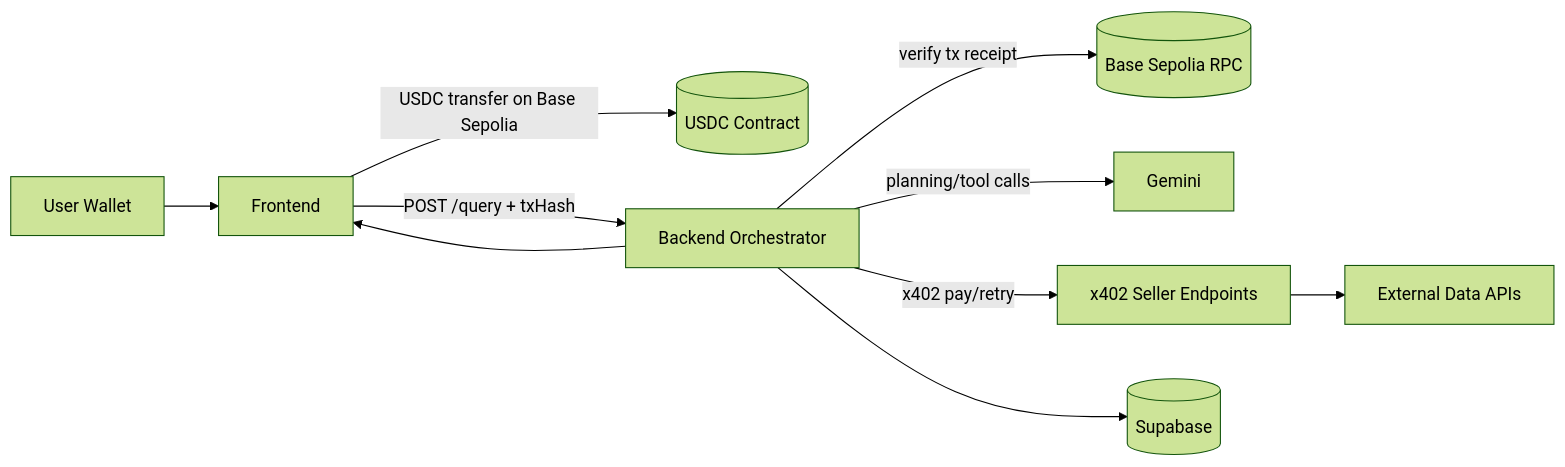
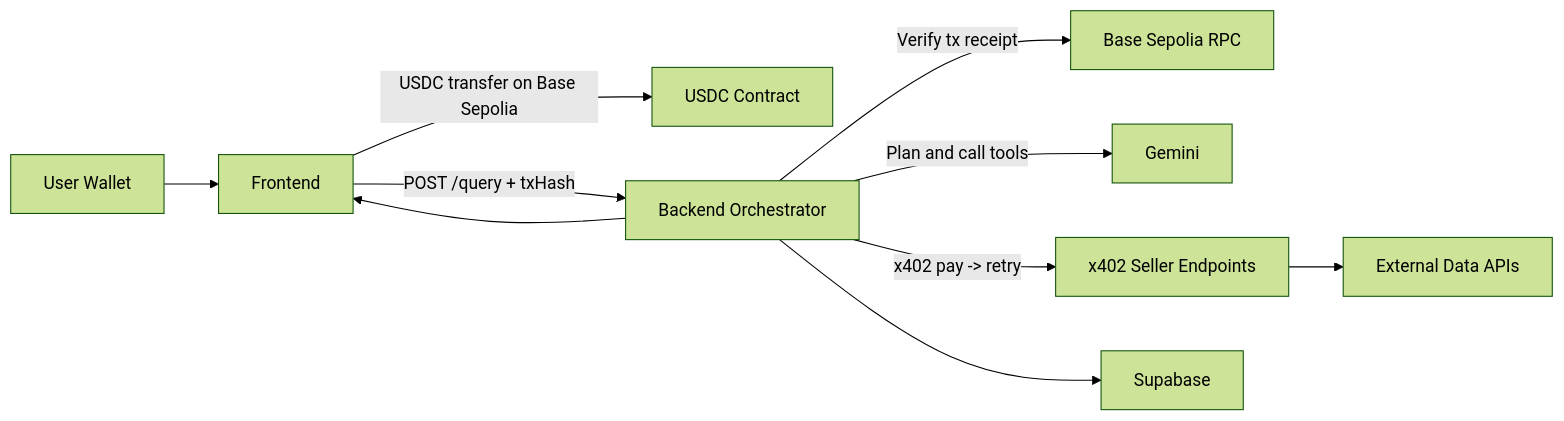
One commit to Aypp23/x402-hackathon changed the diagram in README.md. Above: the diagram before and after it, drawn with Mermaid (forest theme).

Commit message:
docs: fix mermaid end-to-end flow rendering

````diff
--- a/README.md
+++ b/README.md
@@ -64,12 +64,12 @@
 ```mermaid
 flowchart LR
-  U[User Wallet] --> F[Frontend]
-  F -->|USDC transfer on Base Sepolia| USDC[(USDC Contract)]
-  F -->|POST /query + txHash| B[Backend Orchestrator]
-  B -->|verify tx receipt| RPC[(Base Sepolia RPC)]
-  B -->|planning/tool calls| G[Gemini]
-  B -->|x402 pay/retry| X[x402 Seller Endpoints]
-  X --> DATA[External Data APIs]
-  B --> DB[(Supabase)]
+  U["User Wallet"] --> F["Frontend"]
+  F -->|"USDC transfer on Base Sepolia"| USDC["USDC Contract"]
+  F -->|"POST /query + txHash"| B["Backend Orchestrator"]
+  B -->|"Verify tx receipt"| RPC["Base Sepolia RPC"]
+  B -->|"Plan and call tools"| G["Gemini"]
+  B -->|"x402 pay -> retry"| X["x402 Seller Endpoints"]
+  X --> DATA["External Data APIs"]
+  B --> DB["Supabase"]
   B --> F
 ```
````
